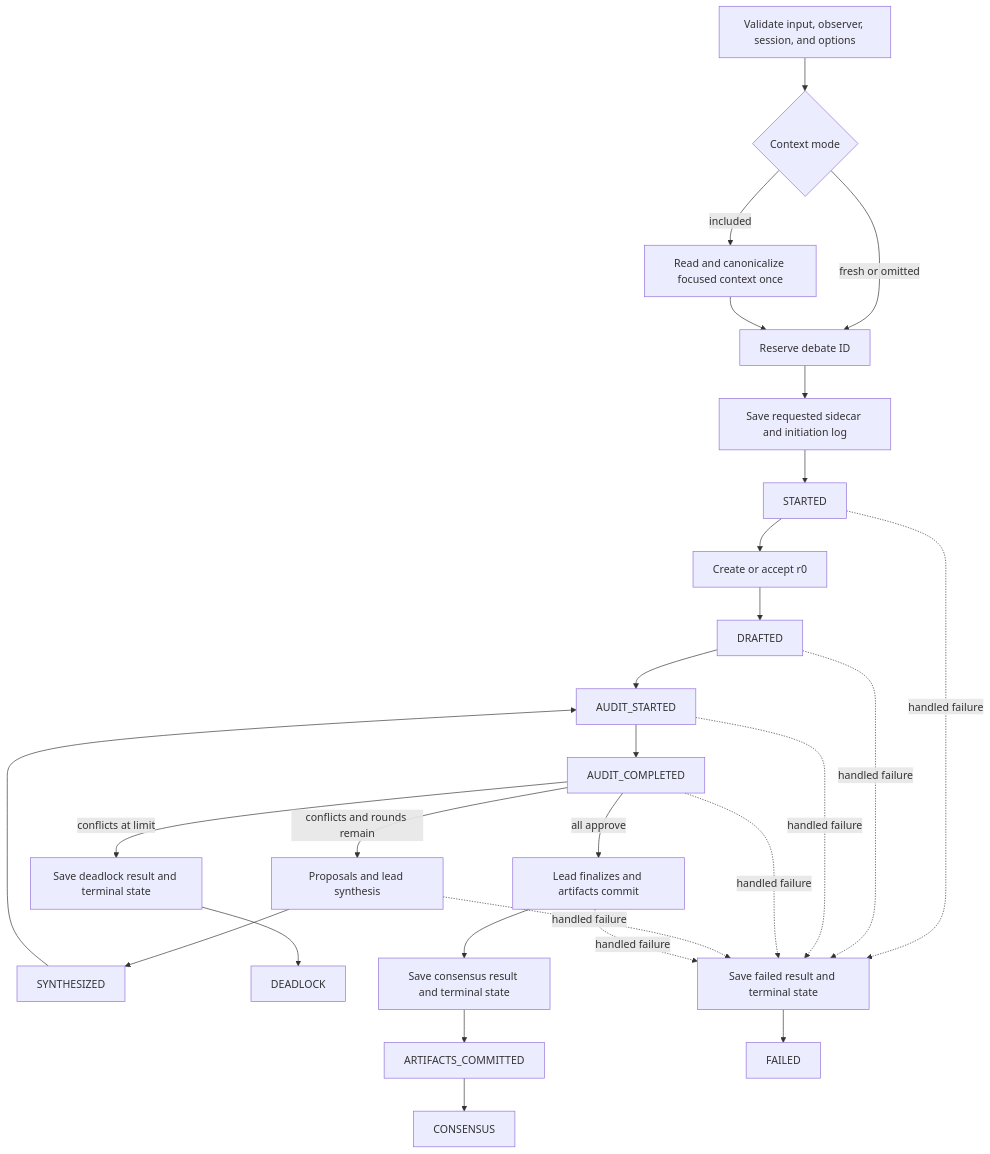
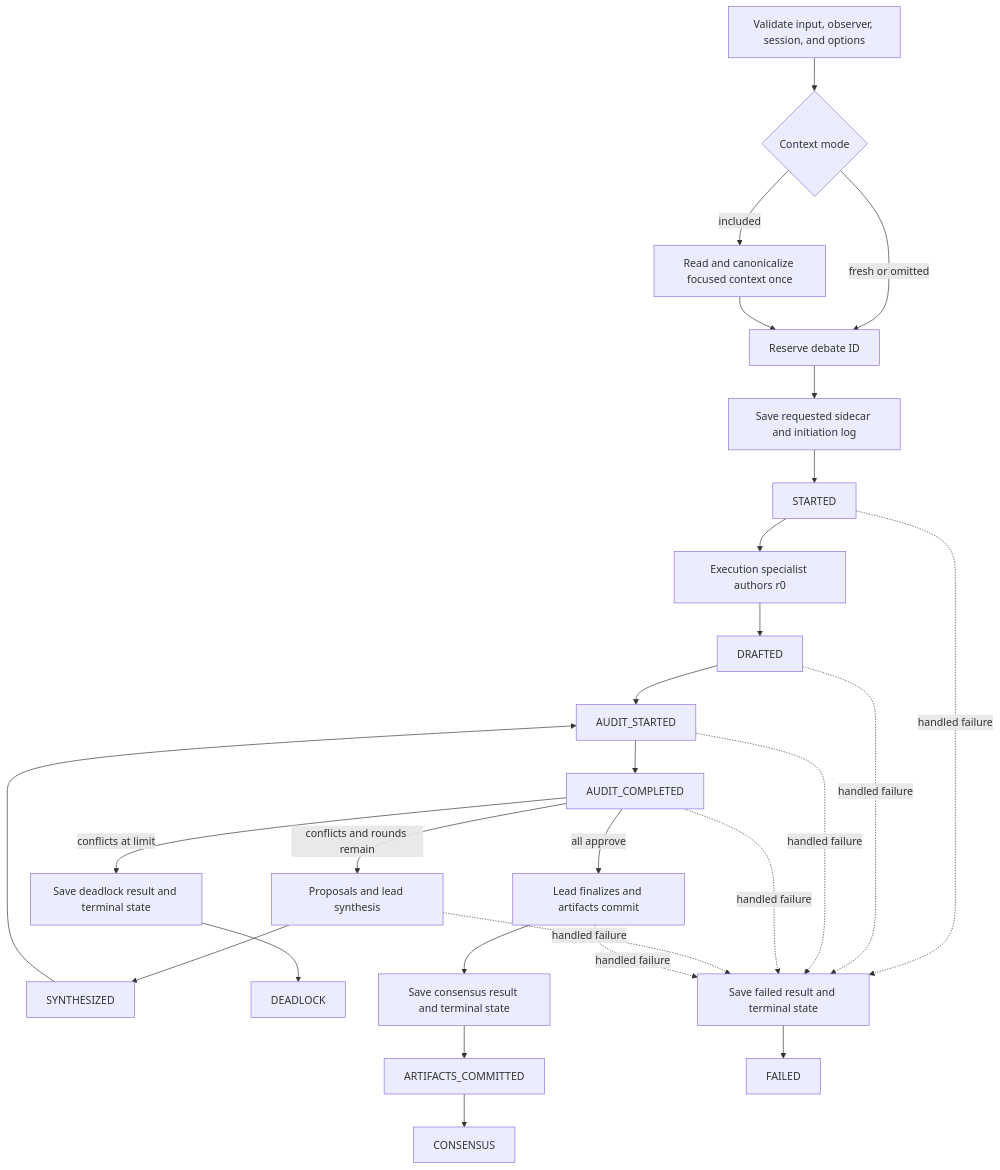
One commit to Kims-DeveloperGroup/story-writing-agents changed the diagram in docs/design/consensus-workflow.md. Above: the diagram before and after it, drawn with Mermaid. The commit also changed other lines of this file and 63 other files, not shown here.

````diff
--- a/docs/design/consensus-workflow.md
+++ b/docs/design/consensus-workflow.md
@@ -12,29 +12,29 @@
 ```mermaid
 flowchart TD
     P[Validate input, observer, session, and options] --> C{Context mode}
     C -->|included| R[Read and canonicalize focused context once]
     C -->|fresh or omitted| V[Reserve debate ID]
     R --> V
     V --> S[Save requested sidecar and initiation log]
     S --> ST[STARTED]
-    ST --> D[Create or accept r0]
+    ST --> D[Execution specialist authors r0]
     D --> DR[DRAFTED]
     DR --> AS[AUDIT_STARTED]
     AS --> AC[AUDIT_COMPLETED]
     AC -->|conflicts and rounds remain| Y[Proposals and lead synthesis]
     Y --> SY[SYNTHESIZED]
     SY --> AS
     AC -->|conflicts at limit| TD[Save deadlock result and terminal state]
     TD --> DE[DEADLOCK]
     AC -->|all approve| F[Lead finalizes and artifacts commit]
     F --> TC[Save consensus result and terminal state]
     TC --> AR[ARTIFACTS_COMMITTED]
     AR --> CO[CONSENSUS]
     ST -. handled failure .-> TF[Save failed result and terminal state]
     DR -. handled failure .-> TF
     AS -. handled failure .-> TF
     AC -. handled failure .-> TF
     Y -. handled failure .-> TF
     F -. handled failure .-> TF
     TF --> FA[FAILED]
 ```
````
